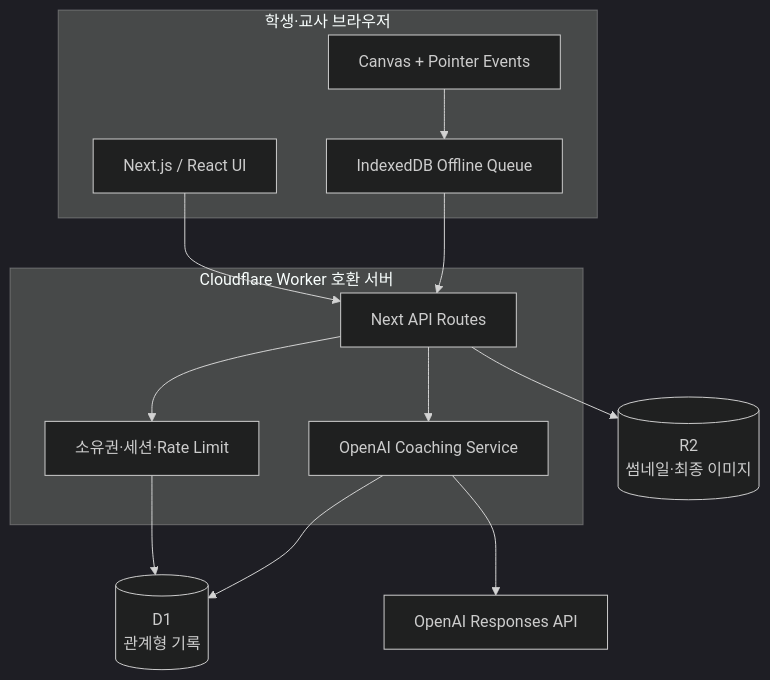
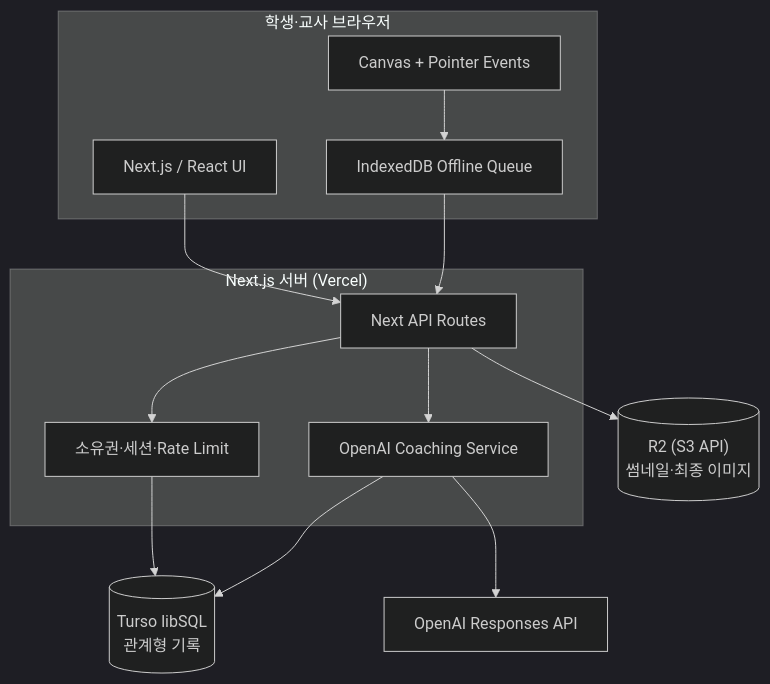
One commit to yonghwan86/wiggle_web changed the second of 2 diagrams in README.md. Above: the diagram before and after it, drawn with Mermaid (dark theme). The commit also changed other lines of this file and 9 other files, not shown here.

First line of the commit message:
docs: retire the Codex/Sites pipeline and codify the GitHub-to-Vercel flow

````diff
--- a/README.md
+++ b/README.md
@@ -191,28 +191,28 @@
 ```mermaid
 flowchart TB
     subgraph Browser["학생·교사 브라우저"]
         UI["Next.js / React UI"]
         Canvas["Canvas + Pointer Events"]
         Queue["IndexedDB Offline Queue"]
     end
 
-    subgraph Worker["Cloudflare Worker 호환 서버"]
+    subgraph Server["Next.js 서버 (Vercel)"]
         Routes["Next API Routes"]
         Auth["소유권·세션·Rate Limit"]
         Coach["OpenAI Coaching Service"]
     end
 
-    D1[("D1<br/>관계형 기록")]
-    R2[("R2<br/>썸네일·최종 이미지")]
+    DB[("Turso libSQL<br/>관계형 기록")]
+    R2[("R2 (S3 API)<br/>썸네일·최종 이미지")]
     AI["OpenAI Responses API"]
 
     UI --> Routes
     Canvas --> Queue
     Queue --> Routes
     Routes --> Auth
-    Auth --> D1
+    Auth --> DB
     Routes --> R2
     Routes --> Coach
     Coach --> AI
-    Coach --> D1
+    Coach --> DB
 ```
````
